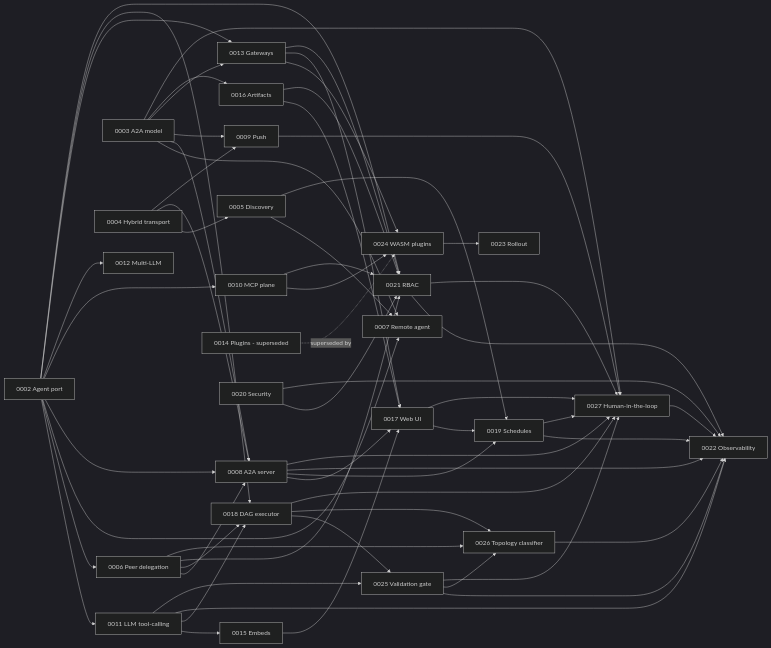
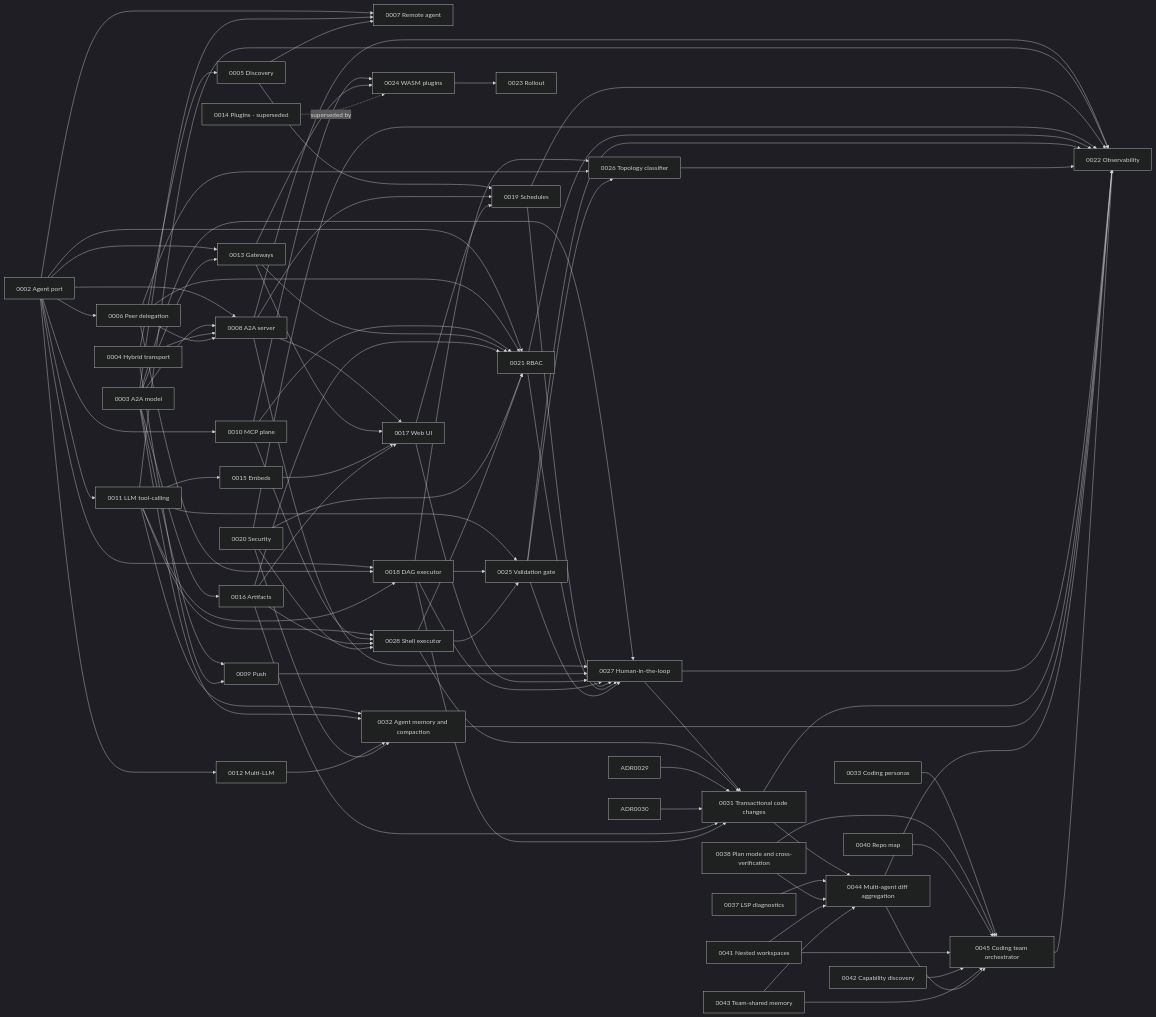
Before and after one commit to profencer/ork: the second of 2 diagrams in docs/adrs/README.md, drawn with Mermaid (dark theme). The commit also changed other lines of this file and 29 other files, not shown here.

````diff
--- a/docs/adrs/README.md
+++ b/docs/adrs/README.md
@@ -192,4 +209,36 @@
   ADR0021 --> ADR0027
   ADR0025 --> ADR0027
   ADR0027 --> ADR0022
+  ADR0011 --> ADR0028[0028 Shell executor]
+  ADR0010 --> ADR0028
+  ADR0016 --> ADR0028
+  ADR0020 --> ADR0028
+  ADR0028 --> ADR0021
+  ADR0028 --> ADR0025
+  ADR0027 --> ADR0031[0031 Transactional code changes]
+  ADR0028 --> ADR0031
+  ADR0029 --> ADR0031
+  ADR0030 --> ADR0031
+  ADR0016 --> ADR0031
+  ADR0018 --> ADR0031
+  ADR0031 --> ADR0022
+  ADR0011 --> ADR0032[0032 Agent memory and compaction]
+  ADR0003 --> ADR0032
+  ADR0012 --> ADR0032
+  ADR0020 --> ADR0032
+  ADR0032 --> ADR0022
+  ADR0031 --> ADR0044[0044 Multi-agent diff aggregation]
+  ADR0037[0037 LSP diagnostics] --> ADR0044
+  ADR0038[0038 Plan mode and cross-verification] --> ADR0044
+  ADR0041[0041 Nested workspaces] --> ADR0044
+  ADR0043[0043 Team-shared memory] --> ADR0044
+  ADR0044 --> ADR0022
+  ADR0033[0033 Coding personas] --> ADR0045[0045 Coding team orchestrator]
+  ADR0038 --> ADR0045
+  ADR0040[0040 Repo map] --> ADR0045
+  ADR0041 --> ADR0045
+  ADR0042[0042 Capability discovery] --> ADR0045
+  ADR0043 --> ADR0045
+  ADR0044 --> ADR0045
+  ADR0045 --> ADR0022
 ```
````
